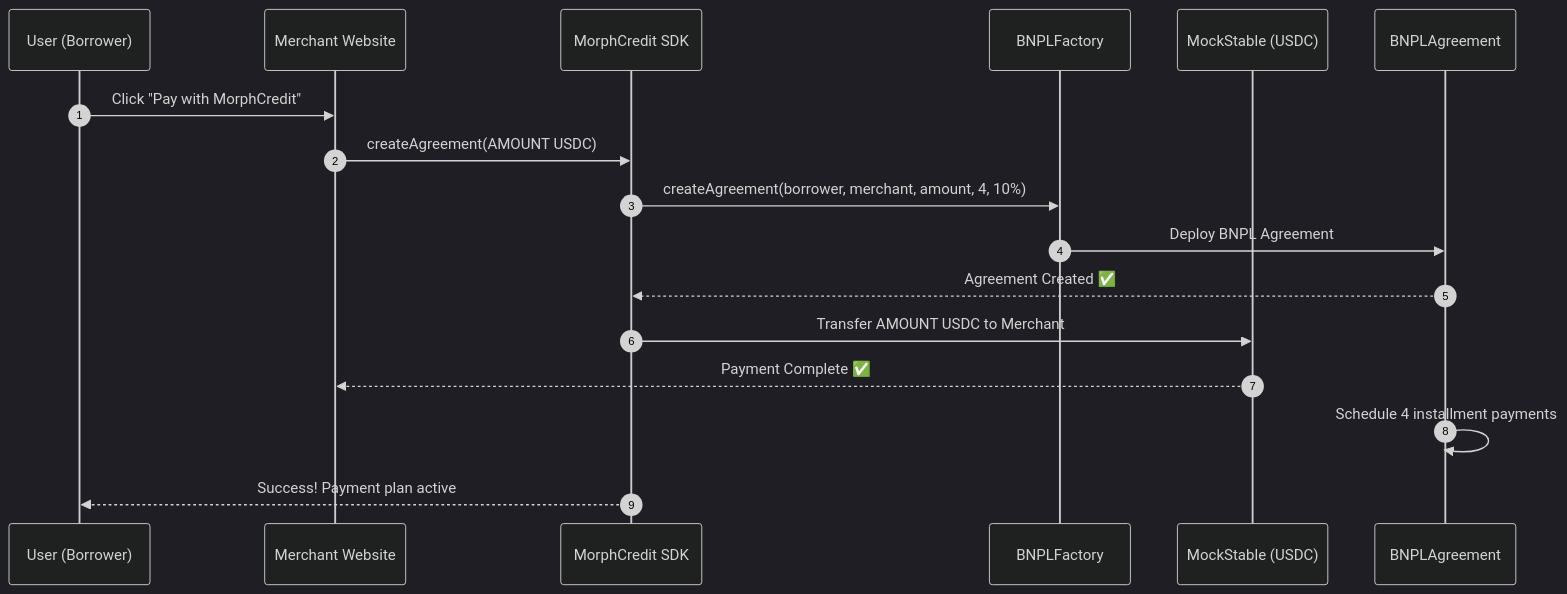
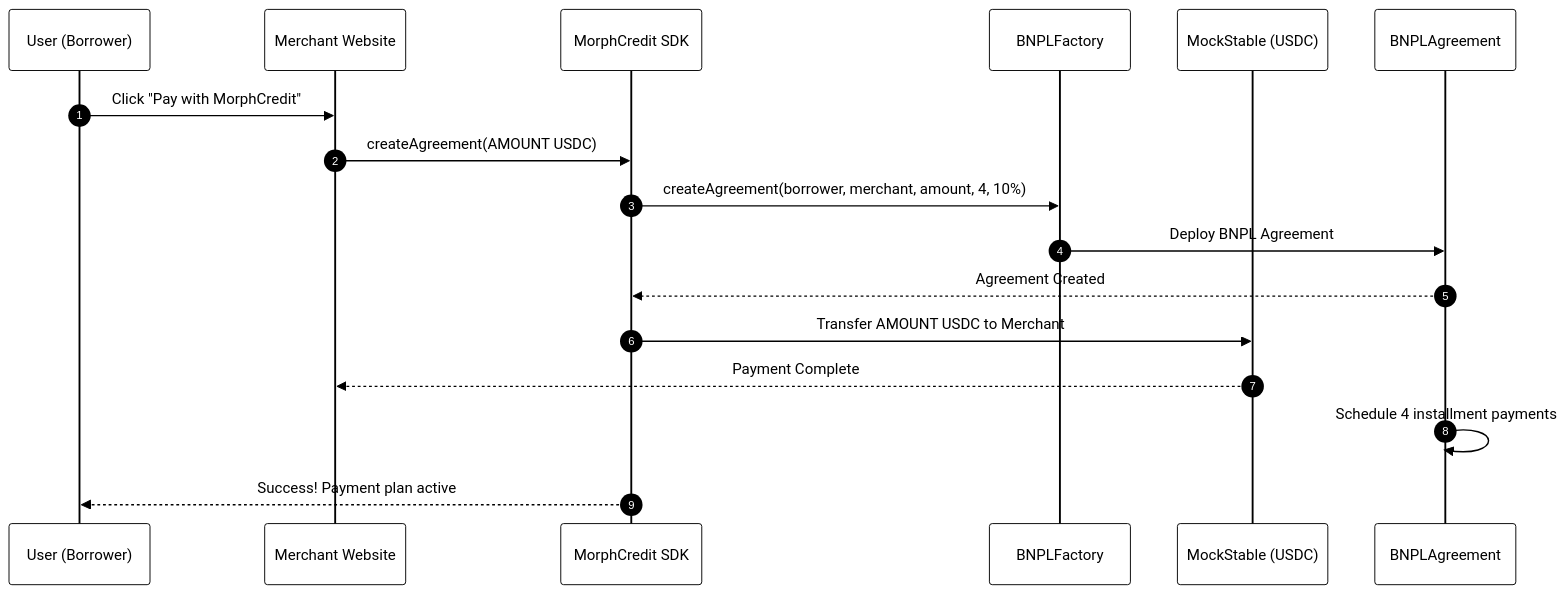
Before and after one commit to okwareddevnest/MorphCredit: the fourth of 6 diagrams in README.md, drawn with Mermaid. The commit also changed other lines of this file, not shown here.

````diff
--- a/README.md
+++ b/README.md
@@ -353,21 +353,21 @@
 ```mermaid
-%%{init: { 'theme': 'dark' }}%%
+%%{init: {'theme':'base', 'themeVariables': {'primaryColor': '#ffffff', 'primaryTextColor': '#000000', 'primaryBorderColor': '#000000', 'lineColor': '#000000', 'secondaryColor': '#ffffff', 'tertiaryColor': '#ffffff', 'background': '#ffffff', 'mainBkg': '#ffffff', 'secondBkg': '#ffffff', 'tertiaryBkg': '#ffffff'}}}%%
 sequenceDiagram
   autonumber
   participant U as User (Borrower)
   participant M as Merchant Website
   participant SDK as MorphCredit SDK
   participant BF as BNPLFactory
   participant MS as MockStable (USDC)
   participant BA as BNPLAgreement
 
   U->>M: Click "Pay with MorphCredit"
   M->>SDK: createAgreement(AMOUNT USDC)
   SDK->>BF: createAgreement(borrower, merchant, amount, 4, 10%)
   BF->>BA: Deploy BNPL Agreement
-  BA-->>SDK: Agreement Created ✅
+  BA-->>SDK: Agreement Created
   SDK->>MS: Transfer AMOUNT USDC to Merchant
-  MS-->>M: Payment Complete ✅
+  MS-->>M: Payment Complete
   BA->>BA: Schedule 4 installment payments
   SDK-->>U: Success! Payment plan active
 ```
````
